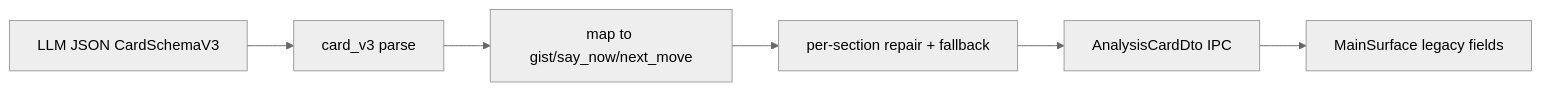
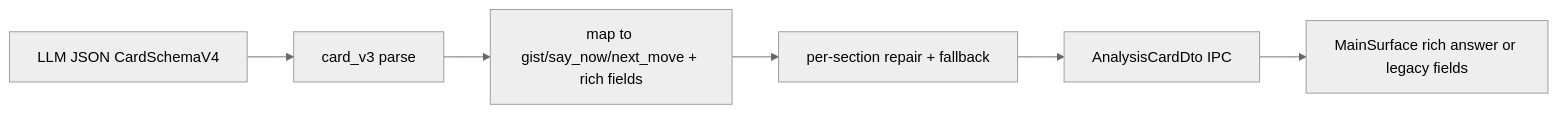
One commit to iurii-izman/replyline changed the diagram in docs/engineering/architecture.md. Above: the diagram before and after it, drawn with Mermaid (neutral theme). The commit also changed other lines of this file and 14 other files, not shown here.

First line of the commit message:
feat: add rich answer card schema (CardSchemaV4)

````diff
--- a/docs/engineering/architecture.md
+++ b/docs/engineering/architecture.md
@@ -135,8 +141,8 @@
 ```mermaid
 flowchart LR
-  LLM[LLM JSON CardSchemaV3] --> Parse[card_v3 parse]
-  Parse --> Map[map to gist/say_now/next_move]
+  LLM[LLM JSON CardSchemaV4] --> Parse[card_v3 parse]
+  Parse --> Map[map to gist/say_now/next_move + rich fields]
   Map --> Repair[per-section repair + fallback]
   Repair --> DTO[AnalysisCardDto IPC]
-  DTO --> UI[MainSurface legacy fields]
+  DTO --> UI[MainSurface rich answer or legacy fields]
 ```
````
